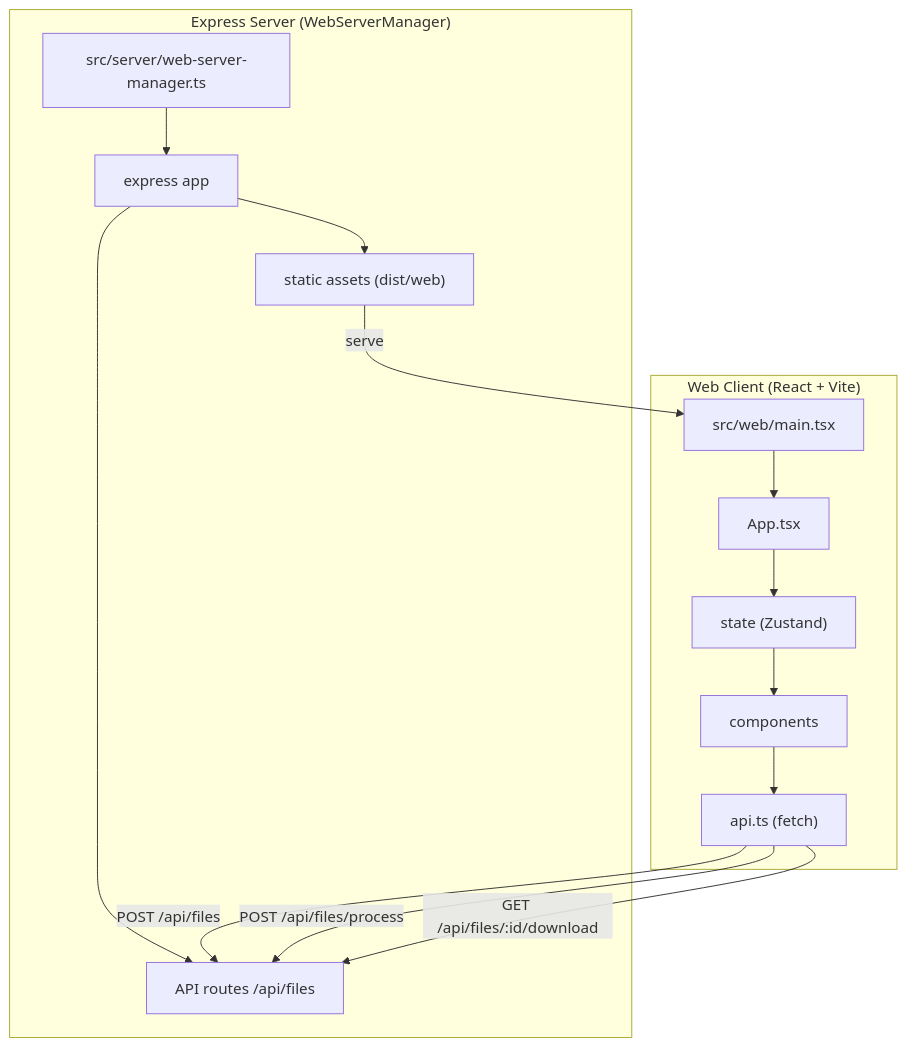
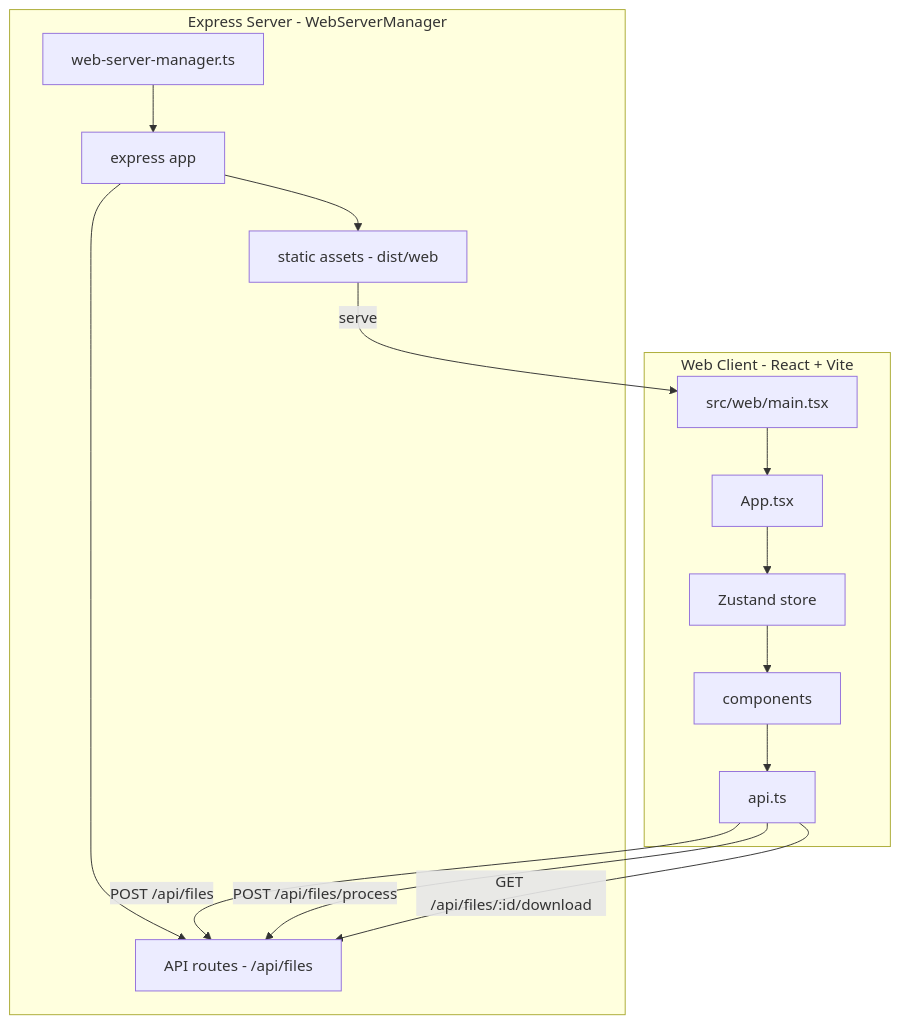
Before and after one commit to juxnbernxrdo/invoiceflow: the second of 2 diagrams in README.md, drawn with Mermaid. The commit also changed other lines of this file, not shown here.

Commit message:
fix: mermaid diagrams for GitHub compatibility

````diff
--- a/README.md
+++ b/README.md
@@ -220,25 +220,25 @@
 ```mermaid
 flowchart TD
-    subgraph Server["Express Server (WebServerManager)"]
-        S1["src/server/web-server-manager.ts"] --> S2["express app"]
-        S2 --> S3["static assets (dist/web)"]
-        S2 --> S4["API routes /api/files"]
+    subgraph Server["Express Server - WebServerManager"]
+        S1["web-server-manager.ts"] --> S2["express app"]
+        S2 --> S3["static assets - dist/web"]
+        S2 --> S4["API routes - /api/files"]
     end
 
-    subgraph Client["Web Client (React + Vite)"]
+    subgraph Client["Web Client - React + Vite"]
         C1["src/web/main.tsx"]
         C2["App.tsx"]
-        C3["state (Zustand)"]
+        C3["Zustand store"]
         C4["components"]
-        C5["api.ts (fetch)"]
+        C5["api.ts"]
     end
 
-    S3 -->|serve| C1
+    S3 -->|"serve"| C1
     C1 --> C2
     C2 --> C3
     C3 --> C4
     C4 --> C5
     C5 -->|"POST /api/files"| S4
     C5 -->|"POST /api/files/process"| S4
     C5 -->|"GET /api/files/:id/download"| S4
 ```
````
